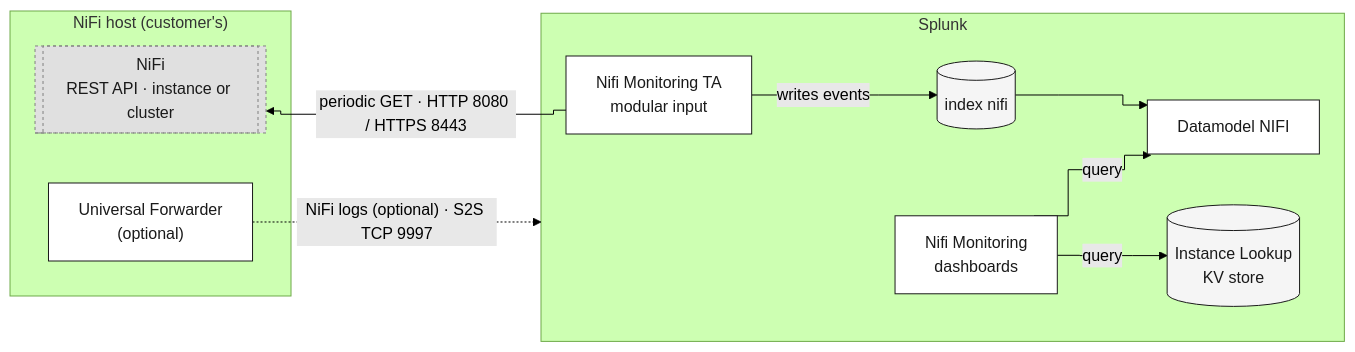
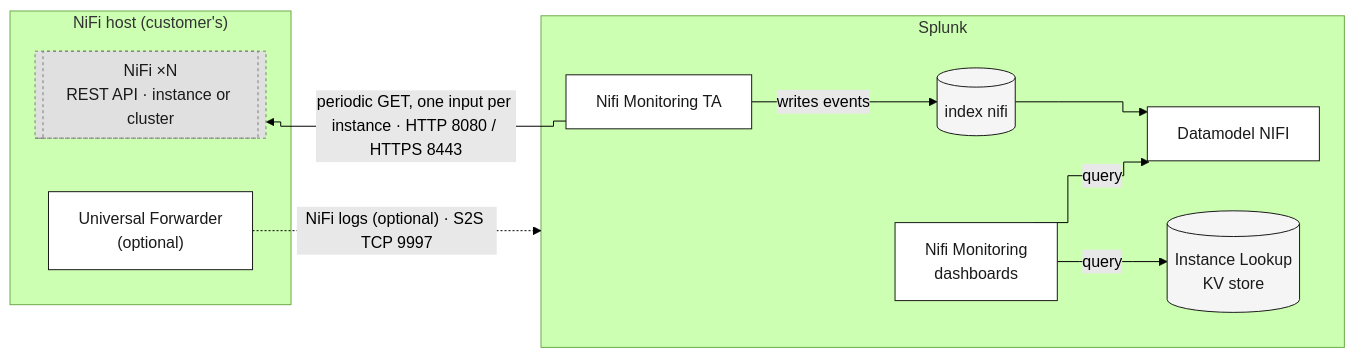
One commit to kudawdev/nifi-monitoring-splunk changed the diagram in doc/config-nifi-monitoring-2-0.md. Above: the diagram before and after it, drawn with Mermaid (forest theme). The commit also changed 3 other files, not shown here.

First line of the commit message:
Add a push architecture diagram, and mark both diagrams' multiplicity correctly

````diff
--- a/doc/config-nifi-monitoring-2-0.md
+++ b/doc/config-nifi-monitoring-2-0.md
@@ -17,29 +17,29 @@
 ```mermaid
 %%{init: {"flowchart": {"curve": "step"}} }%%
 flowchart LR
     subgraph nifi_host["NiFi host (customer's)"]
-        nifi[["NiFi<br/>REST API · instance or cluster"]]:::externo
+        nifi[["NiFi ×N<br/>REST API · instance or cluster"]]:::externo
         uf["Universal Forwarder<br/>(optional)"]:::propio
     end
 
     subgraph splunk["Splunk"]
-        ta["Nifi Monitoring TA<br/>modular input"]:::propio
+        ta["Nifi Monitoring TA"]:::propio
         idx[("index nifi")]:::dato
         lookup[("Instance Lookup<br/>KV store")]:::dato
         dm["Datamodel NIFI"]:::propio
         dash["Nifi Monitoring<br/>dashboards"]:::propio
     end
 
     nifi_host ~~~ splunk
 
-    ta -->|"periodic GET · HTTP 8080 / HTTPS 8443"| nifi
+    ta -->|"periodic GET, one input per instance · HTTP 8080 / HTTPS 8443"| nifi
     ta -->|"writes events"| idx
     uf -.->|"NiFi logs (optional) · S2S TCP 9997"| splunk
     idx --> dm
     dash -->|"query"| dm
     dash -->|"query"| lookup
 
     classDef propio fill:#FFFFFF,stroke:#1A1A1A,color:#1A1A1A
     classDef externo fill:#E0E0E0,stroke:#808080,color:#1A1A1A,stroke-dasharray:3
     classDef dato fill:#F5F5F5,stroke:#1A1A1A,color:#1A1A1A
 ```
````
